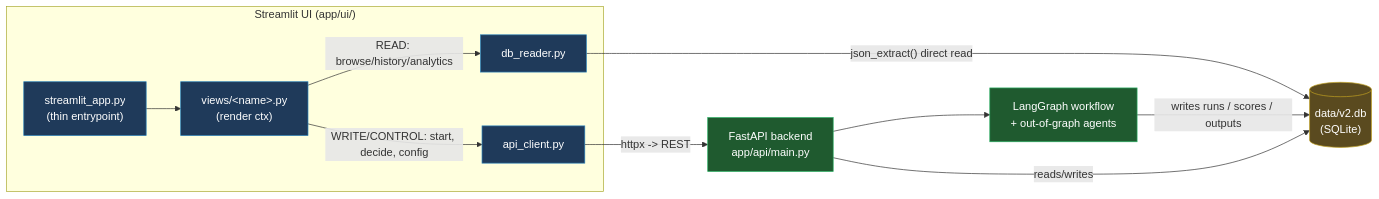
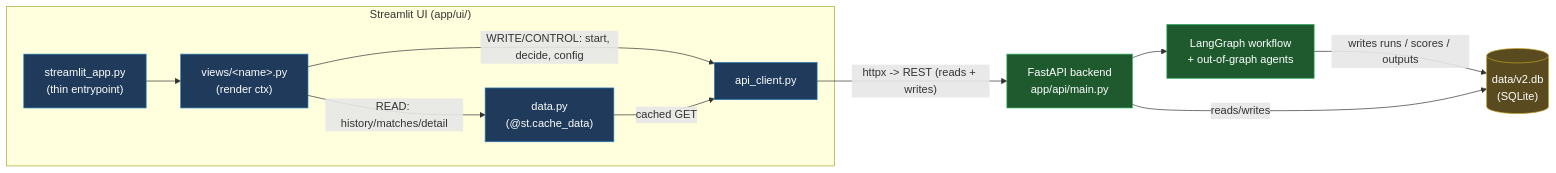
The first of 8 diagrams in docs/architecture/ui_architecture.md (suthrams/jobsearchagent-v2), drawn with Mermaid before and after one commit. The commit also changed other lines of this file and 10 other files, not shown here.

````diff
--- a/docs/architecture/ui_architecture.md
+++ b/docs/architecture/ui_architecture.md
@@ -32,28 +32,28 @@
 ```mermaid
 flowchart LR
     subgraph UI["Streamlit UI (app/ui/)"]
         E["streamlit_app.py<br/>(thin entrypoint)"]
         V["views/&lt;name&gt;.py<br/>(render ctx)"]
-        DB["db_reader.py"]
+        D["data.py<br/>(@st.cache_data)"]
         AC["api_client.py"]
     end
     BE["FastAPI backend<br/>app/api/main.py"]
     GR["LangGraph workflow<br/>+ out-of-graph agents"]
     SQL[("data/v2.db<br/>(SQLite)")]
 
     E --> V
-    V -- "READ: browse/history/analytics" --> DB
+    V -- "READ: history/matches/detail" --> D
     V -- "WRITE/CONTROL: start, decide, config" --> AC
-    DB -- "json_extract() direct read" --> SQL
-    AC -- "httpx -> REST" --> BE
+    D -- "cached GET" --> AC
+    AC -- "httpx -> REST (reads + writes)" --> BE
     BE --> GR
     GR -- "writes runs / scores / outputs" --> SQL
     BE -- "reads/writes" --> SQL
 
     classDef ui fill:#1f3a5a,stroke:#2980b9,color:#fff
     classDef be fill:#1f5a2f,stroke:#27ae60,color:#fff
     classDef store fill:#5a4a1f,stroke:#c0a020,color:#fff
-    class E,V,DB,AC ui
+    class E,V,D,AC ui
     class BE,GR be
     class SQL store
 ```
````
